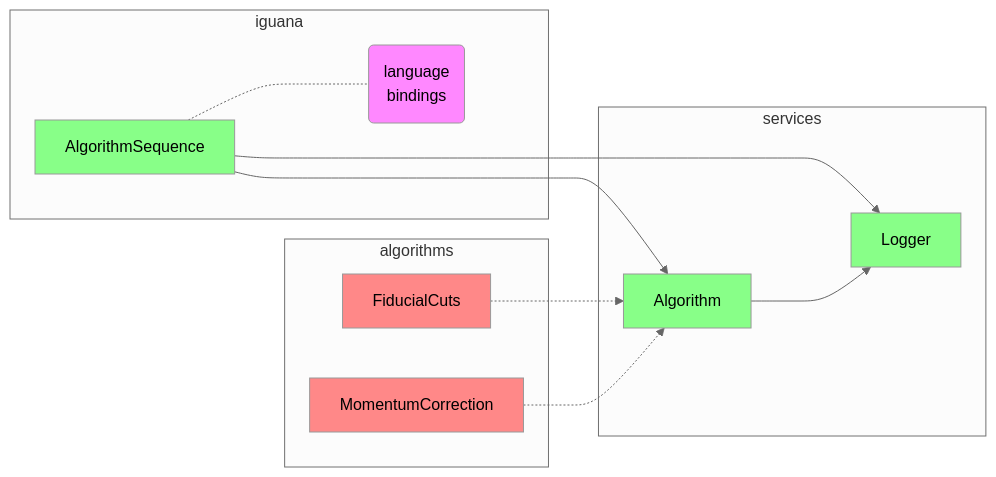
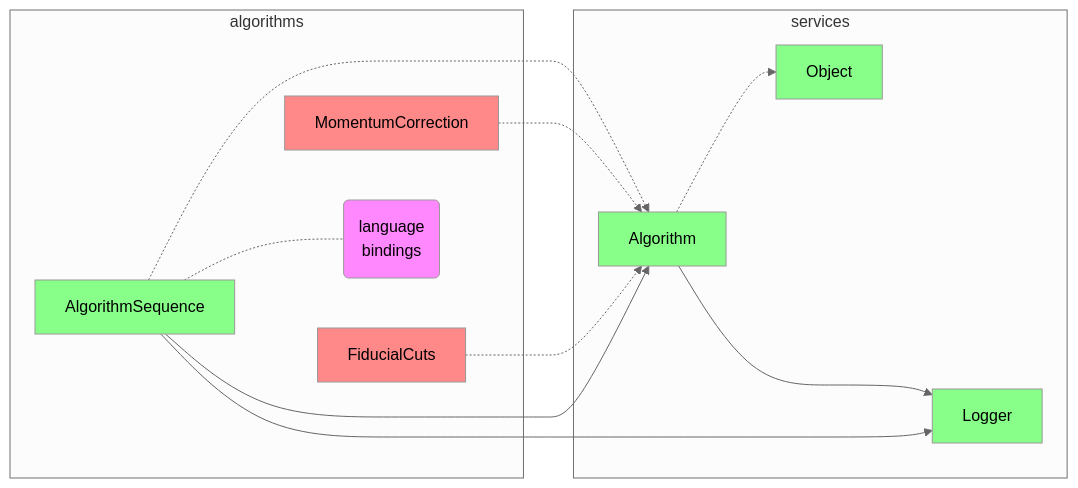
Before and after one commit to JeffersonLab/iguana: the first of 3 diagrams in doc/design.md, drawn with Mermaid (neutral theme). The commit also changed other lines of this file and 7 other files, not shown here.

Commit message:
refactor: `AlgorithmSequence` should be an `Algorithm`

````diff
--- a/doc/design.md
+++ b/doc/design.md
@@ -7,29 +7,29 @@
 ```mermaid
 flowchart LR
     classDef cls fill:#88ff88,color:black
     classDef algo fill:#ff8888,color:black
     classDef other fill:#ff88ff,color:black
 
-    subgraph iguana
-        AlgorithmSequence:::cls
-        bindings(language<br />bindings):::other
-    end
-
     subgraph services
         Algorithm:::cls
         Logger:::cls
+        Object:::cls
     end
 
     subgraph algorithms
         FiducialCuts:::algo
         MomentumCorrection:::algo
+        AlgorithmSequence:::cls
+        bindings(language<br />bindings):::other
     end
 
-    AlgorithmSequence    ---> Logger
-    AlgorithmSequence    ---> Algorithm
-    AlgorithmSequence    -.-  bindings
-    Algorithm ---> Logger
+    AlgorithmSequence ---> Logger
+    AlgorithmSequence ---> Algorithm
+    AlgorithmSequence -.-  bindings
+    Algorithm         ---> Logger
 
     FiducialCuts       -.-> Algorithm
-    MomentumCorrection       -.-> Algorithm
+    MomentumCorrection -.-> Algorithm
+    AlgorithmSequence  -.-> Algorithm
+    Algorithm          -.-> Object
 ```
````
